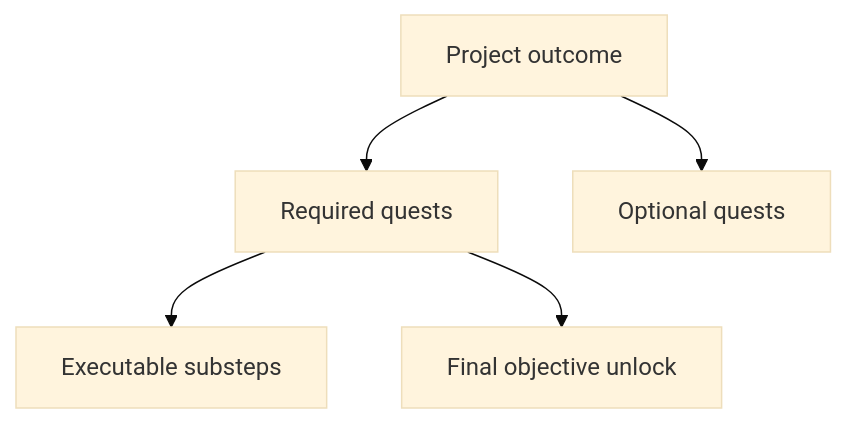
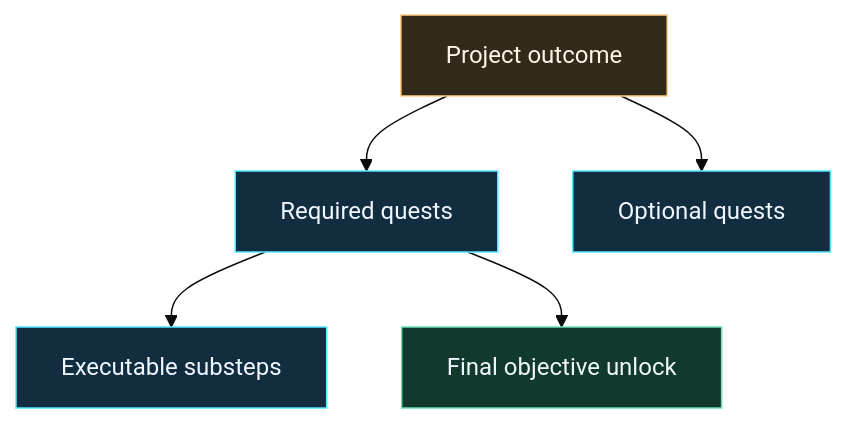
Before and after one commit to HassanAsali/ASCEND: the second of 3 diagrams in README.md, drawn with Mermaid (base theme). The commit also changed other lines of this file, not shown here.

First line of the commit message:
Revise README for ASCEND project branding and details

````diff
--- a/README.md
+++ b/README.md
@@ -209,8 +269,14 @@
 ```mermaid
 flowchart TB
     Project["Project outcome"]
     Project --> Required["Required quests"]
     Project --> Optional["Optional quests"]
     Required --> Steps["Executable substeps"]
     Required --> Final["Final objective unlock"]
+    classDef project fill:#332A1B,stroke:#FFCE83,color:#FFF5E5
+    classDef work fill:#132D40,stroke:#52E8FF,color:#EFF7FF
+    classDef final fill:#12392D,stroke:#66E2B0,color:#EFF7FF
+    class Project project
+    class Required,Optional,Steps work
+    class Final final
 ```
````
